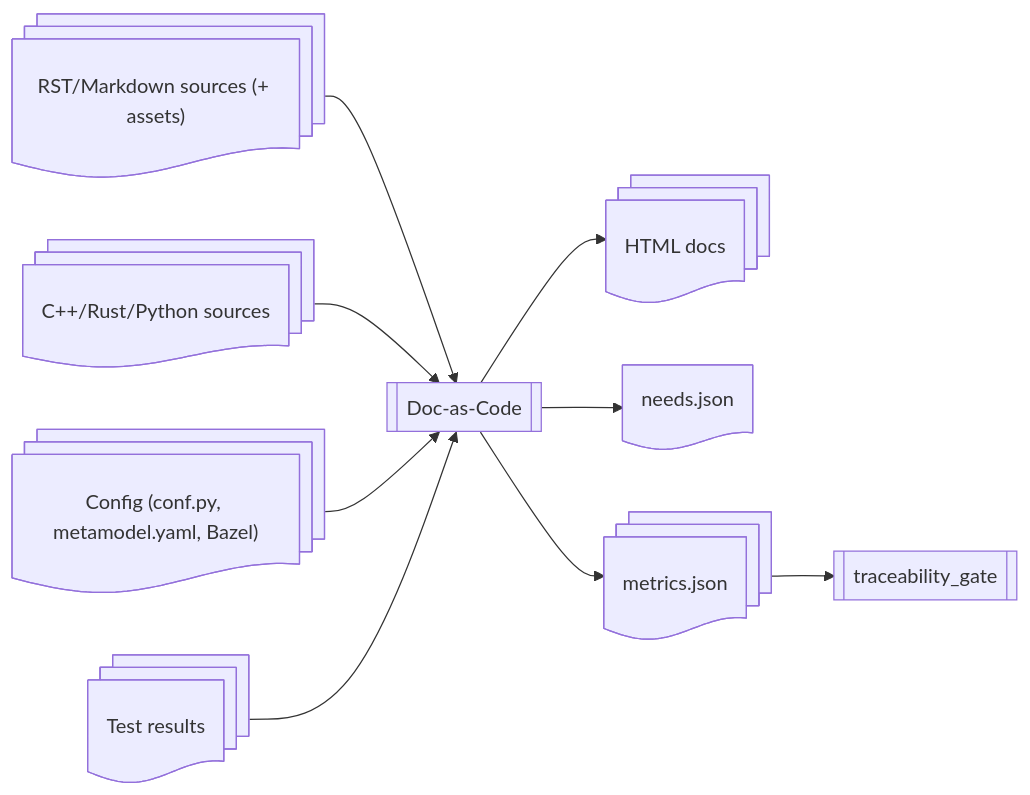
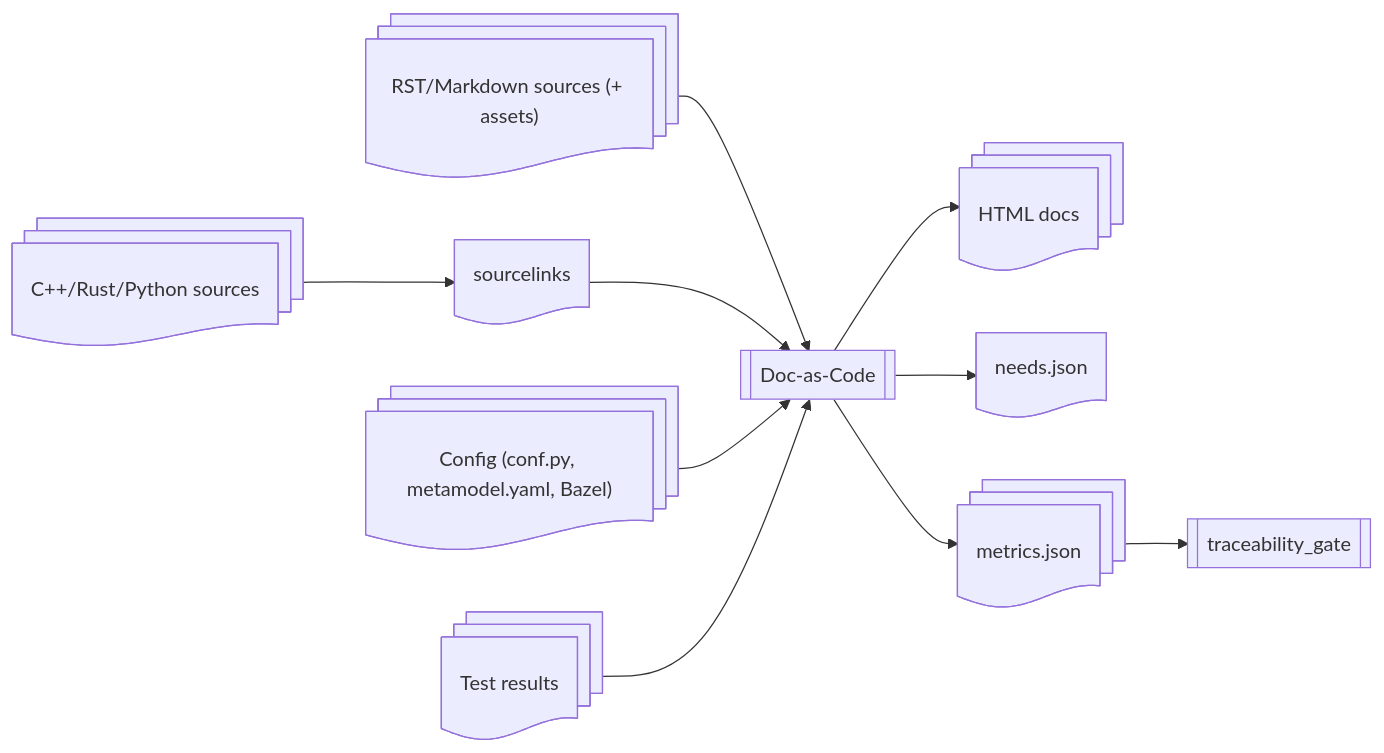
Before and after one commit to eclipse-score/score: the diagram in docs/score_tools/tools_documentation/doc_as_code.rst, drawn with Mermaid. The commit also changed other lines of this file, not shown here.

Commit message:
Revise doc_as_code.rst

```diff
--- a/docs/score_tools/tools_documentation/doc_as_code.rst
+++ b/docs/score_tools/tools_documentation/doc_as_code.rst
@@ -54,21 +54,22 @@
 .. mermaid::
 
    graph LR
       src@{ shape: docs, label: "RST/Markdown sources (+ assets)" }
       code@{ shape: docs, label: "C++/Rust/Python sources" }
+      srclinks@{ shape: doc, label: "sourcelinks" }
       cfg@{ shape: docs, label: "Config (conf.py, metamodel.yaml, Bazel)" }
       tests@{ shape: docs, label: "Test results" }
       dac@{ shape: subproc, label: "Doc-as-Code" }
       html@{ shape: docs, label: "HTML docs" }
       needs@{ shape: doc, label: "needs.json" }
       metrics@{ shape: docs, label: "metrics.json" }
       gate@{ shape: subproc, label: "traceability_gate" }
 
       src --> dac
-      code --> dac
+      code --> srclinks --> dac
       cfg --> dac
       tests --> dac
       dac --> html
       dac --> needs
       dac --> metrics
       metrics --> gate
```
